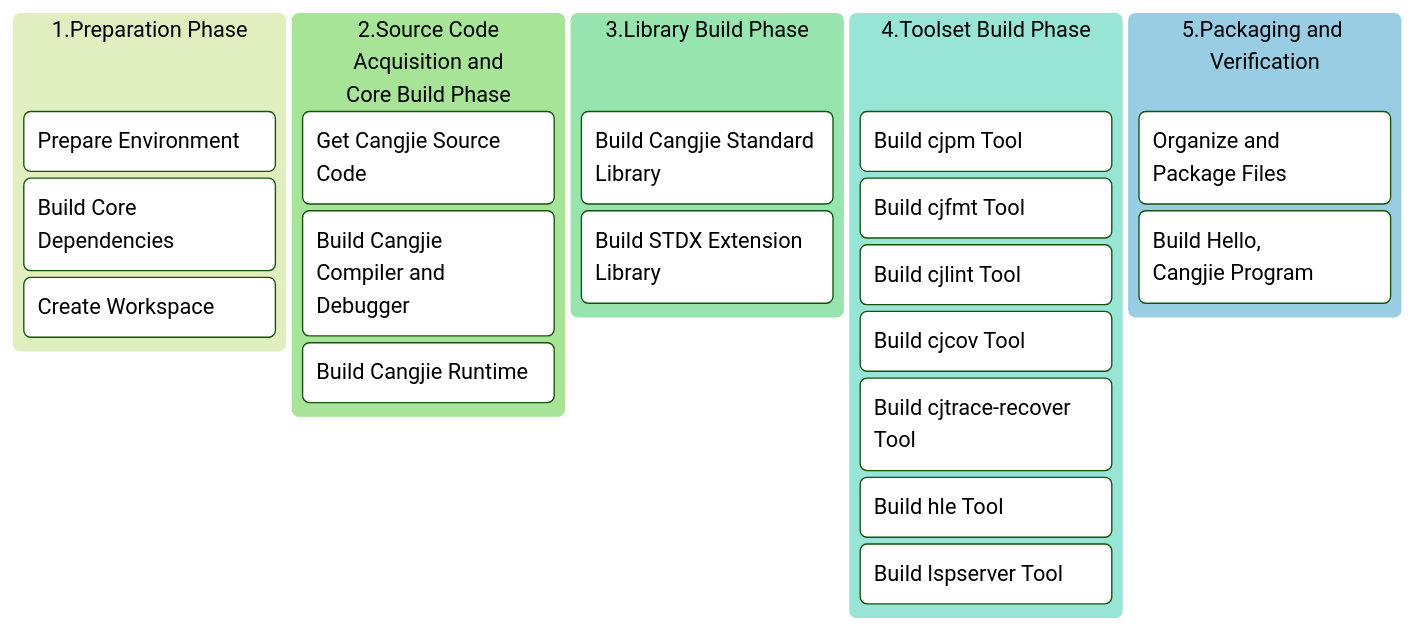
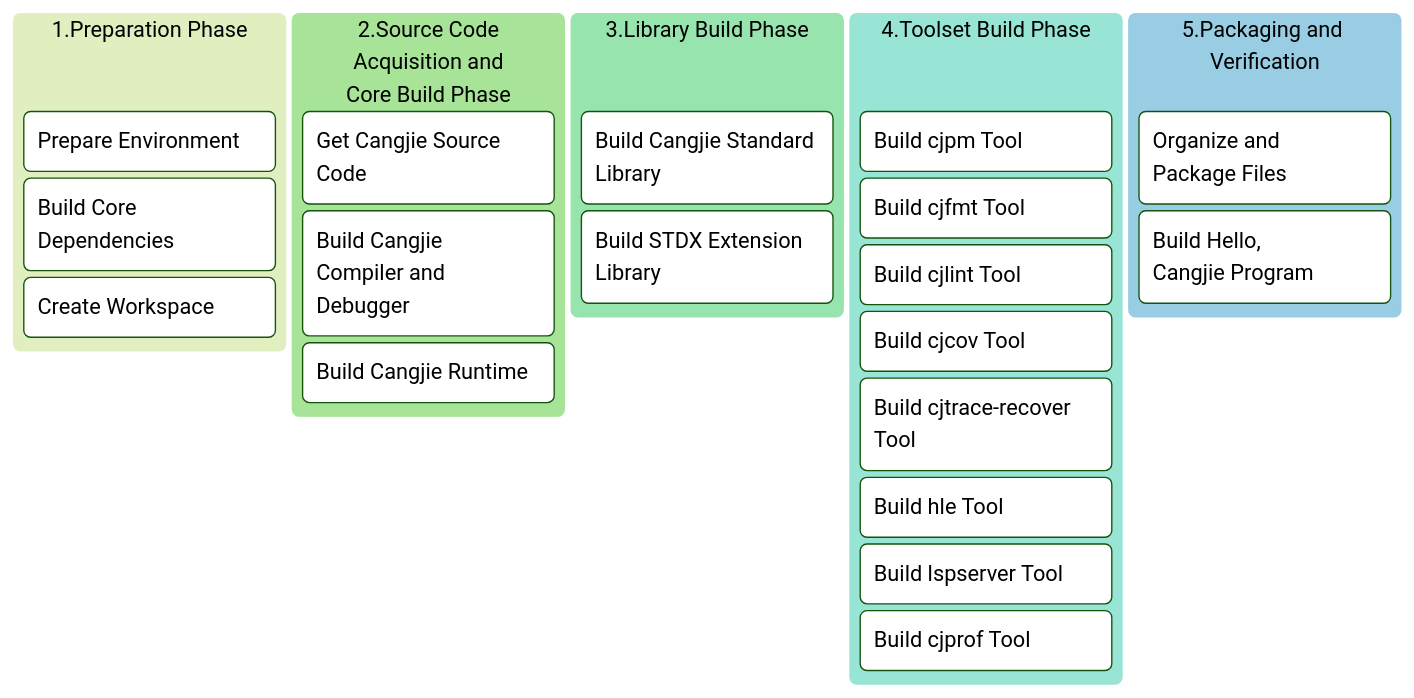
The diagram in doc_en/linux.md (causerp/cangjie_build), drawn with Mermaid (forest theme) before and after one commit. The commit also changed other lines of this file and 21 other files, not shown here.

Commit message:
docs: update build docs to add cjprof tool

````diff
--- a/doc_en/linux.md
+++ b/doc_en/linux.md
@@ -9,25 +9,26 @@
 ```mermaid
 kanban
   1.Preparation Phase
     A[Prepare Environment]
     B[Build Core Dependencies]
     C[Create Workspace]
   2.Source Code<br>Acquisition and<br>Core Build Phase
     D[Get Cangjie Source Code]
     E[Build Cangjie<br>Compiler and<br>Debugger]
     F[Build Cangjie Runtime]
   3.Library Build Phase
     G[Build Cangjie Standard Library]
     H[Build STDX Extension Library]
   4.Toolset Build Phase
     I[Build cjpm Tool]
     J[Build cjfmt Tool]
     K[Build cjlint Tool]
     L[Build cjcov Tool]
     M[Build cjtrace-recover<br>Tool]
     N[Build hle Tool]
     O[Build lspserver Tool]
+    P[Build cjprof Tool]
   5.Packaging and Verification
-    P[Organize and<br>Package Files]
-    Q[Build Hello,<br>Cangjie Program]
+    Q[Organize and<br>Package Files]
+    R[Build Hello,<br>Cangjie Program]
 ```
````
